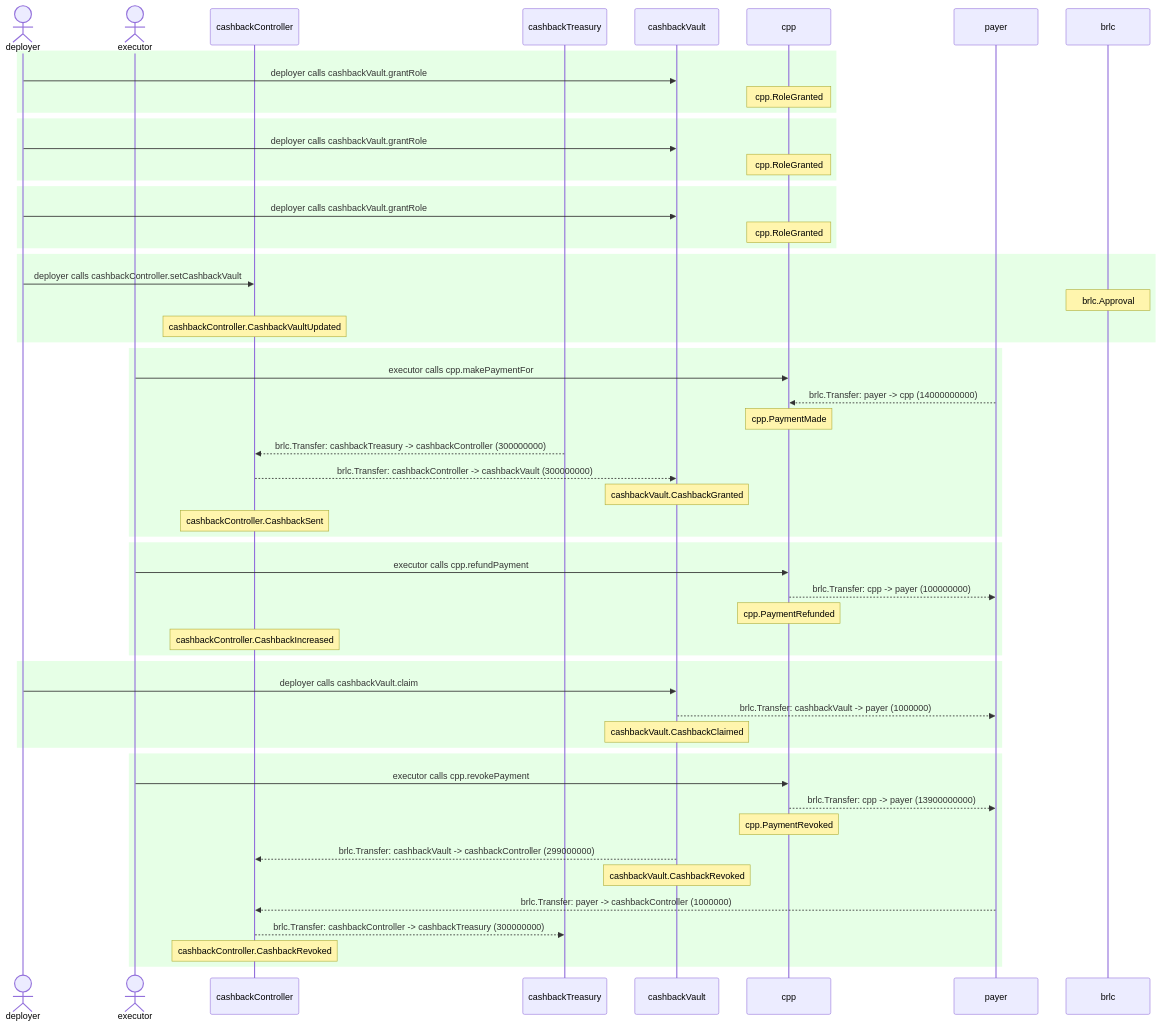
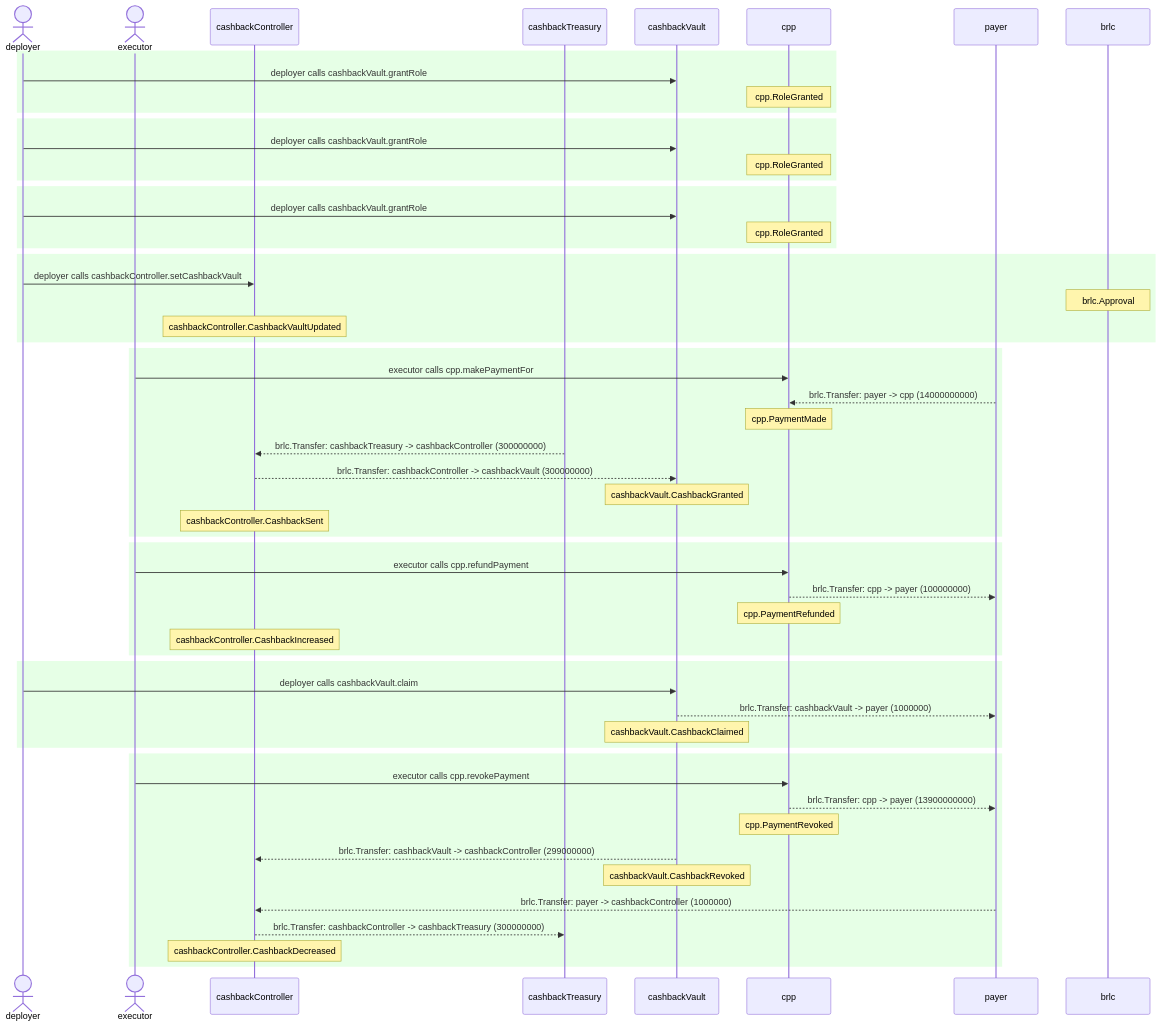
The diagram in test/__snapshots__humans__/CardPaymentProcessor.test.md (cloudwalk/brlc-card-payment-processor-v2), drawn with Mermaid before and after one commit. The commit also changed other lines of this file and 5 other files, not shown here.

````diff
--- a/test/__snapshots__humans__/CardPaymentProcessor.test.md
+++ b/test/__snapshots__humans__/CardPaymentProcessor.test.md
@@ -16,57 +16,57 @@
 ```mermaid
 sequenceDiagram
   actor deployer
   actor executor
   participant cashbackController
   participant cashbackTreasury
   participant cashbackVault
   participant cpp
   participant payer
   rect rgb(230,255,230)
     deployer->>cashbackVault: deployer calls cashbackVault.grantRole
     Note over cpp: cpp.RoleGranted
   end
   rect rgb(230,255,230)
     deployer->>cashbackVault: deployer calls cashbackVault.grantRole
     Note over cpp: cpp.RoleGranted
   end
   rect rgb(230,255,230)
     deployer->>cashbackVault: deployer calls cashbackVault.grantRole
     Note over cpp: cpp.RoleGranted
   end
   rect rgb(230,255,230)
     deployer->>cashbackController: deployer calls cashbackController.setCashbackVault
     Note over brlc: brlc.Approval
     Note over cashbackController: cashbackController.CashbackVaultUpdated
   end
   rect rgb(230,255,230)
     executor->>cpp: executor calls cpp.makePaymentFor
     payer-->>cpp: brlc.Transfer: payer -> cpp (14000000000)
     Note over cpp: cpp.PaymentMade
     cashbackTreasury-->>cashbackController: brlc.Transfer: cashbackTreasury -> cashbackController (300000000)
     cashbackController-->>cashbackVault: brlc.Transfer: cashbackController -> cashbackVault (300000000)
     Note over cashbackVault: cashbackVault.CashbackGranted
     Note over cashbackController: cashbackController.CashbackSent
   end
   rect rgb(230,255,230)
     executor->>cpp: executor calls cpp.refundPayment
     cpp-->>payer: brlc.Transfer: cpp -> payer (100000000)
     Note over cpp: cpp.PaymentRefunded
     Note over cashbackController: cashbackController.CashbackIncreased
   end
   rect rgb(230,255,230)
     deployer->>cashbackVault: deployer calls cashbackVault.claim
     cashbackVault-->>payer: brlc.Transfer: cashbackVault -> payer (1000000)
     Note over cashbackVault: cashbackVault.CashbackClaimed
   end
   rect rgb(230,255,230)
     executor->>cpp: executor calls cpp.revokePayment
     cpp-->>payer: brlc.Transfer: cpp -> payer (13900000000)
     Note over cpp: cpp.PaymentRevoked
     cashbackVault-->>cashbackController: brlc.Transfer: cashbackVault -> cashbackController (299000000)
     Note over cashbackVault: cashbackVault.CashbackRevoked
     payer-->>cashbackController: brlc.Transfer: payer -> cashbackController (1000000)
     cashbackController-->>cashbackTreasury: brlc.Transfer: cashbackController -> cashbackTreasury (300000000)
-    Note over cashbackController: cashbackController.CashbackRevoked
+    Note over cashbackController: cashbackController.CashbackDecreased
   end
 ```
````
